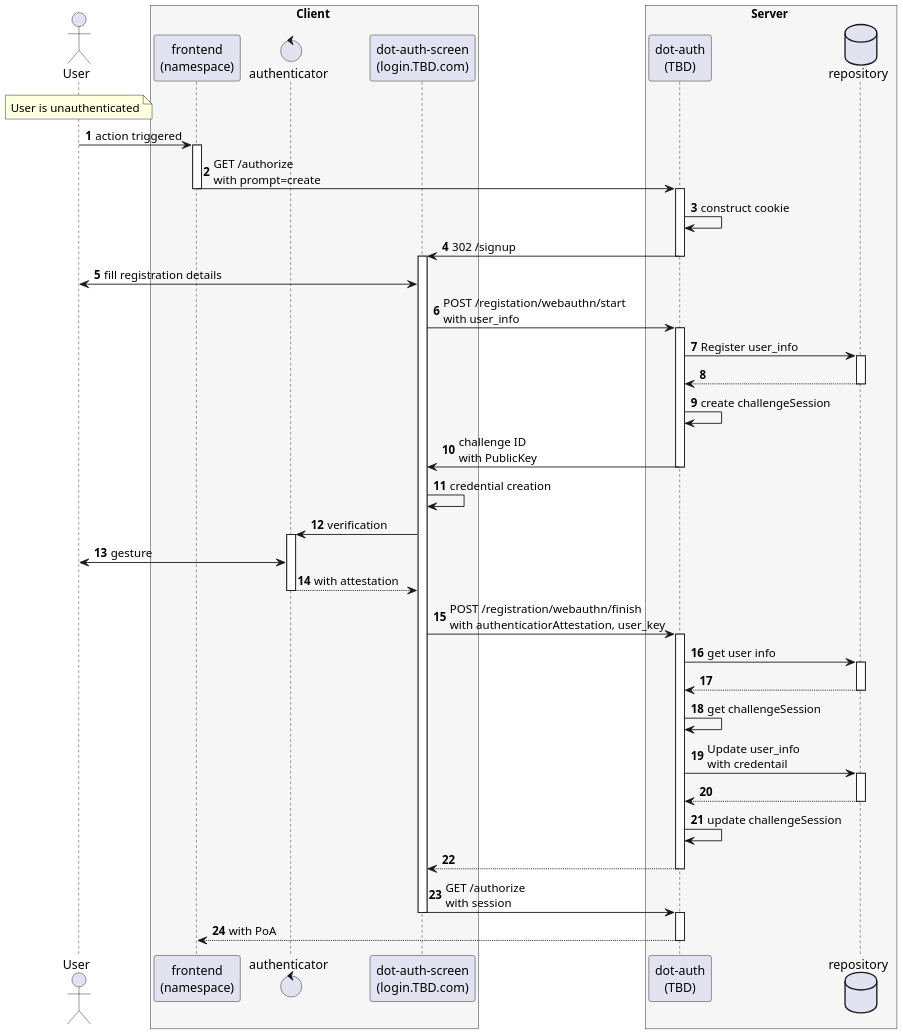
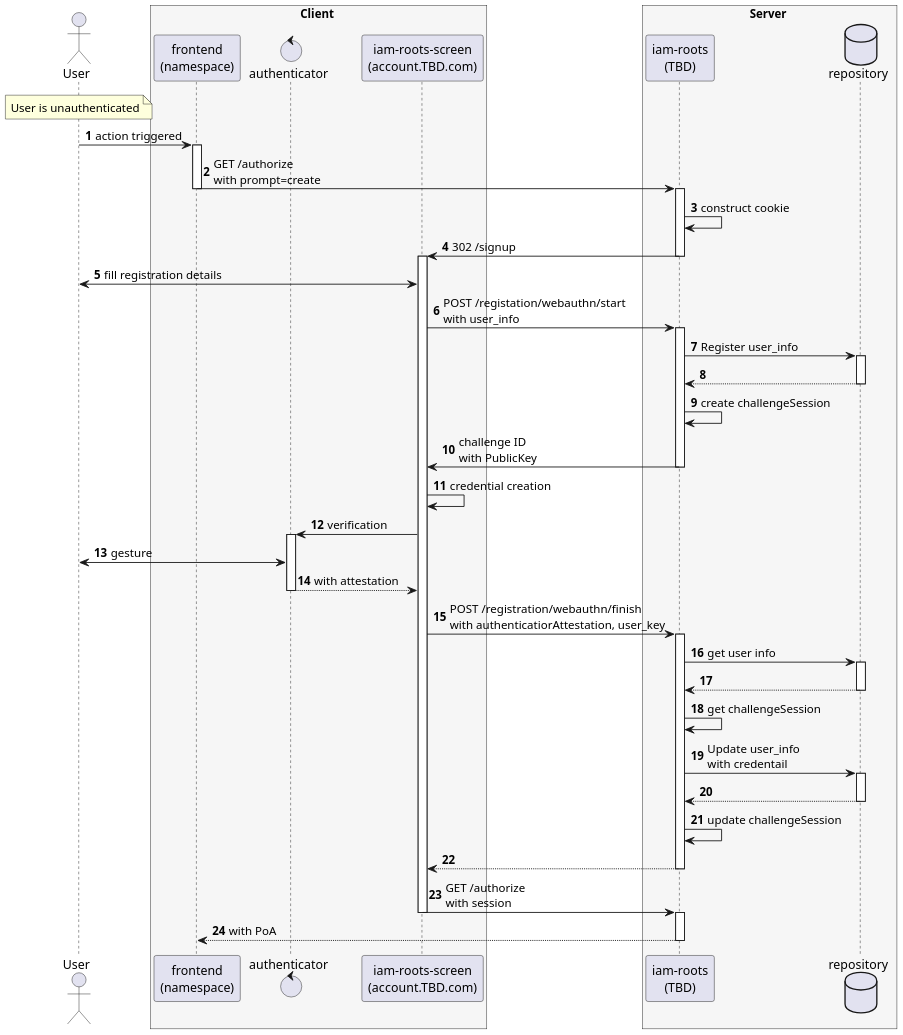
Before and after one commit to areugoh/proto: the second of 3 diagrams in proto/dot-auth/api/v1/design-doc.md, drawn with PlantUML. The commit also changed other lines of this file, not shown here.

Commit message:
change(iam): rename services & add basic structure

````diff
--- a/proto/dot-auth/api/v1/design-doc.md
+++ b/proto/dot-auth/api/v1/design-doc.md
@@ -7,80 +25,80 @@
 ```plantuml
 @startuml registration-details
 skinparam dpi 160
 skinparam monochome false
 skinparam BoxPadding 10
 
 actor User as U
 
 box Client #f6f6f6
 participant "frontend\n(namespace)" as F
 control "authenticator" as A
-participant "dot-auth-screen\n(login.TBD.com)" as DAS
+participant "iam-roots-screen\n(account.TBD.com)" as IAML
 end box
 
 box Server #f6f6f6
-participant "dot-auth\n(TBD)" as DA
+participant "iam-roots\n(TBD)" as IAMR
 database "repository" as R
 end box
 
 autonumber
 
 note over U
 User is unauthenticated
 end note
 
 
 U -> F: action triggered
 
 
 activate F
-F -> DA: GET /authorize \nwith prompt=create
+F -> IAMR: GET /authorize \nwith prompt=create
 deactivate F
 
 
-activate DA
-DA -> DA: construct cookie
-DA -> DAS: 302 /signup
-deactivate DA
+activate IAMR
+IAMR -> IAMR: construct cookie
+IAMR -> IAML: 302 /signup
+deactivate IAMR
 
 
-activate DAS
-U <-> DAS: fill registration details
-DAS -> DA: POST /registation/webauthn/start \nwith user_info
+activate IAML
+U <-> IAML: fill registration details
+IAML -> IAMR: POST /registation/webauthn/start \nwith user_info
 
-activate DA
-DA -> R: Register user_info
+activate IAMR
+IAMR -> R: Register user_info
 activate R
-R --> DA
+R --> IAMR
 deactivate R
-DA -> DA: create challengeSession
-DA -> DAS: challenge ID \nwith PublicKey
-deactivate DA
+IAMR -> IAMR: create challengeSession
+IAMR -> IAML: challenge ID \nwith PublicKey
+deactivate IAMR
 
-DAS -> DAS: credential creation
-DAS -> A: verification
+IAML -> IAML: credential creation
+IAML -> A: verification
 activate A
 A <-> U: gesture
-A --> DAS: with attestation
+A --> IAML: with attestation
 deactivate A
 
-DAS -> DA: POST /registration/webauthn/finish \nwith authenticatiorAttestation, user_key
-activate DA
-DA -> R: get user info
+IAML -> IAMR: POST /registration/webauthn/finish \nwith authenticatiorAttestation, user_key
+activate IAMR
+IAMR -> R: get user info
 activate R
-R --> DA
+R --> IAMR
 deactivate R
-DA -> DA: get challengeSession
-DA -> R: Update user_info \nwith credentail
+IAMR -> IAMR: get challengeSession
+IAMR -> R: Update user_info \nwith credentail
 activate R
-R --> DA
+R --> IAMR
 deactivate R
-DA -> DA: update challengeSession
-DA --> DAS
-deactivate DA
-DAS -> DA: GET /authorize \nwith session
-deactivate DAS
-activate DA
-DA --> F: with PoA
-deactivate DA
+IAMR -> IAMR: update challengeSession
+IAMR --> IAML
+deactivate IAMR
+IAML -> IAMR: GET /authorize \nwith session
+deactivate IAML
+activate IAMR
+IAMR --> F: with PoA
+deactivate IAMR
 ```
````
